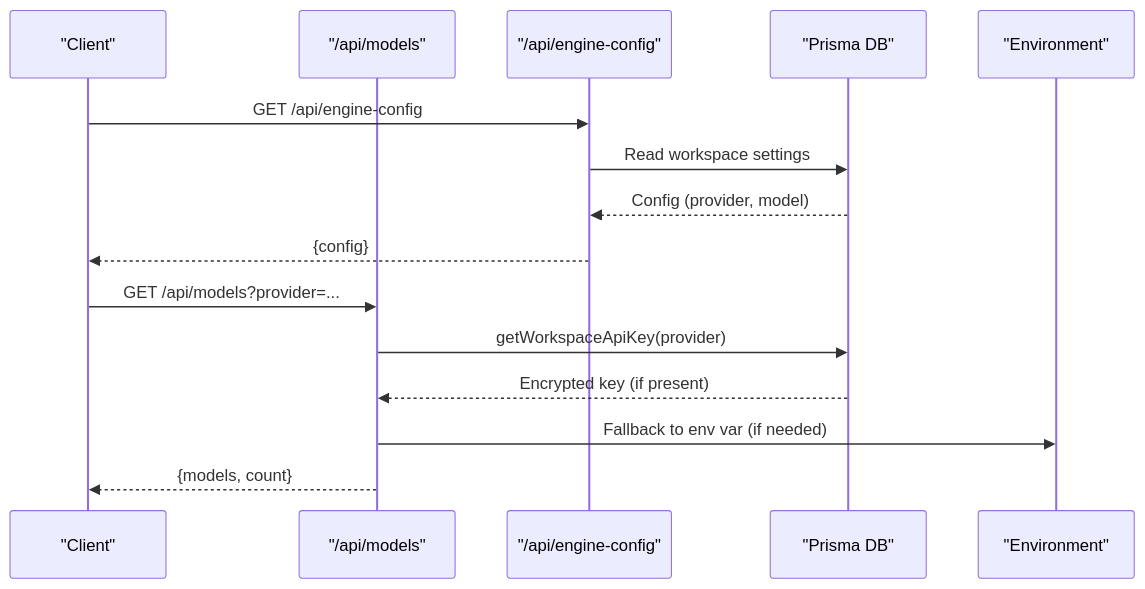
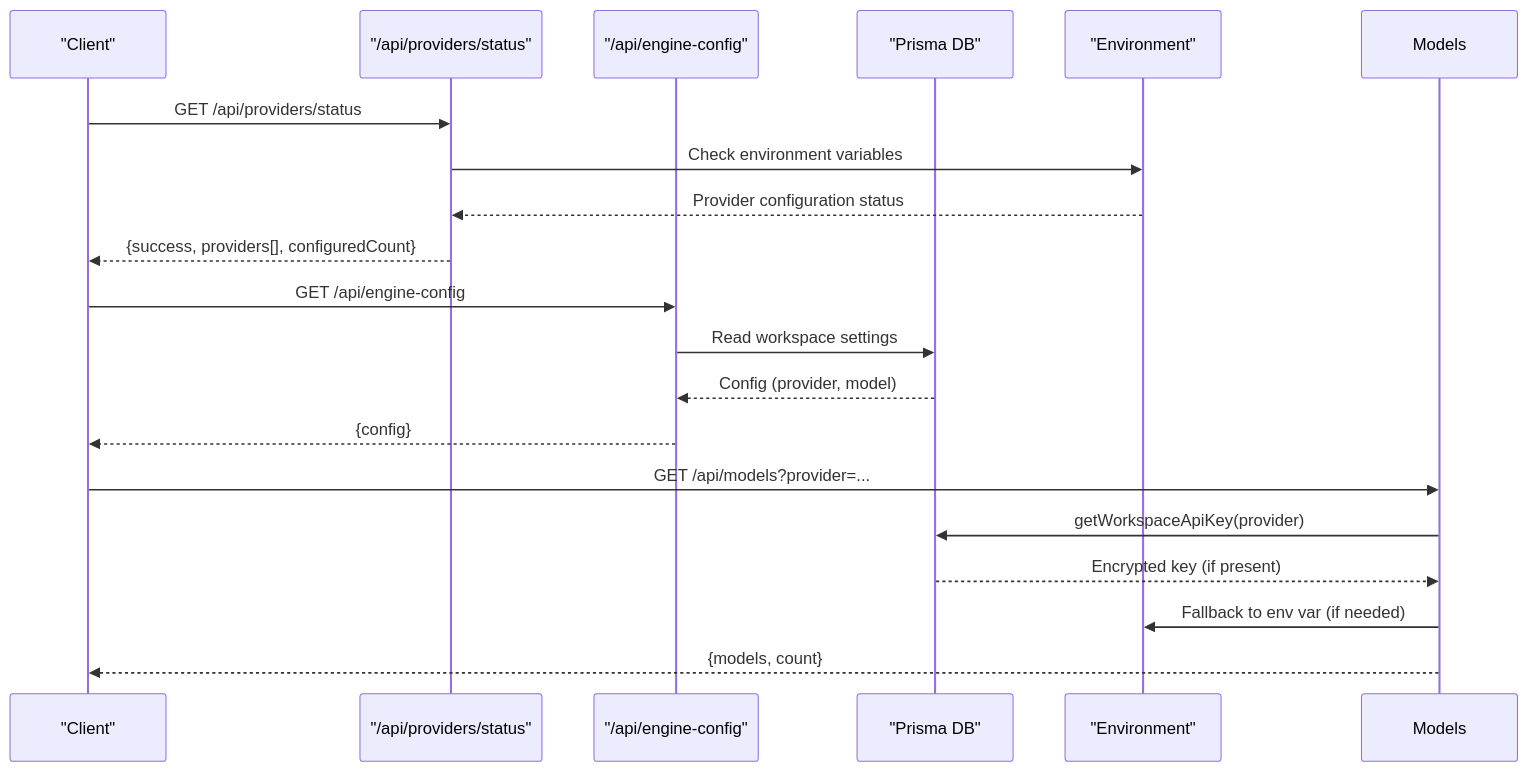
The second of 9 diagrams in .qoder/repowiki/en/content/API Reference/Utility APIs.md (shekhargiri005-dotcom/AI-powered-accessibility-first-UI-engine), drawn with Mermaid before and after one commit. The commit also changed other lines of this file and 10 other files, not shown here.

````diff
--- a/.qoder/repowiki/en/content/API Reference/Utility APIs.md
+++ b/.qoder/repowiki/en/content/API Reference/Utility APIs.md
@@ -114,17 +137,21 @@
 ```mermaid
 sequenceDiagram
 participant Client as "Client"
-participant Models as "/api/models"
+participant Providers as "/api/providers/status"
 participant Engine as "/api/engine-config"
 participant DB as "Prisma DB"
 participant Env as "Environment"
+Client->>Providers : GET /api/providers/status
+Providers->>Env : Check environment variables
+Env-->>Providers : Provider configuration status
+Providers-->>Client : {success, providers[], configuredCount}
 Client->>Engine : GET /api/engine-config
 Engine->>DB : Read workspace settings
 DB-->>Engine : Config (provider, model)
 Engine-->>Client : {config}
 Client->>Models : GET /api/models?provider=...
 Models->>DB : getWorkspaceApiKey(provider)
 DB-->>Models : Encrypted key (if present)
 Models->>Env : Fallback to env var (if needed)
 Models-->>Client : {models, count}
 ```
````
